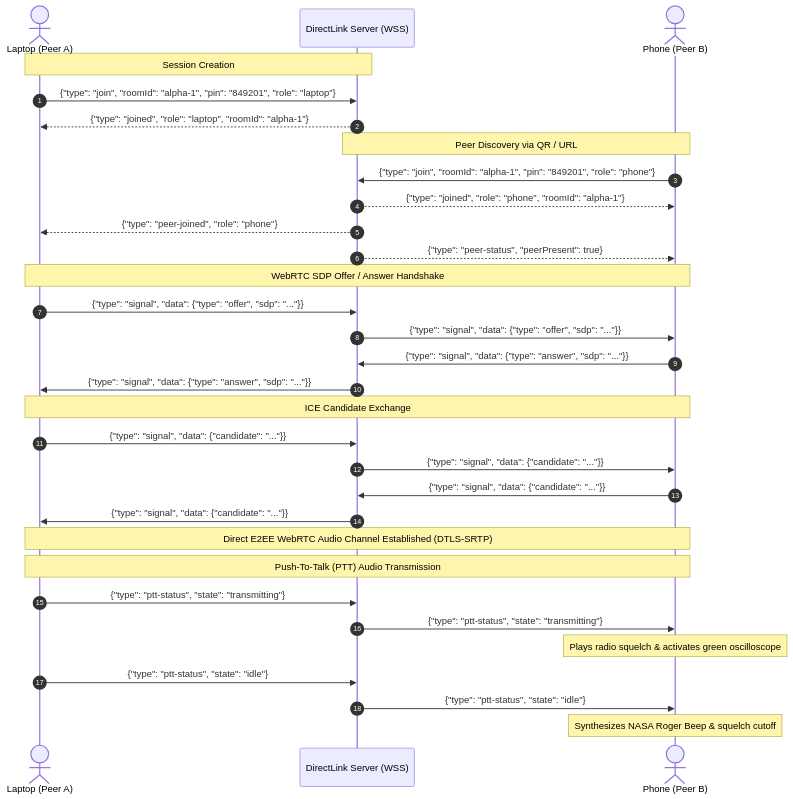
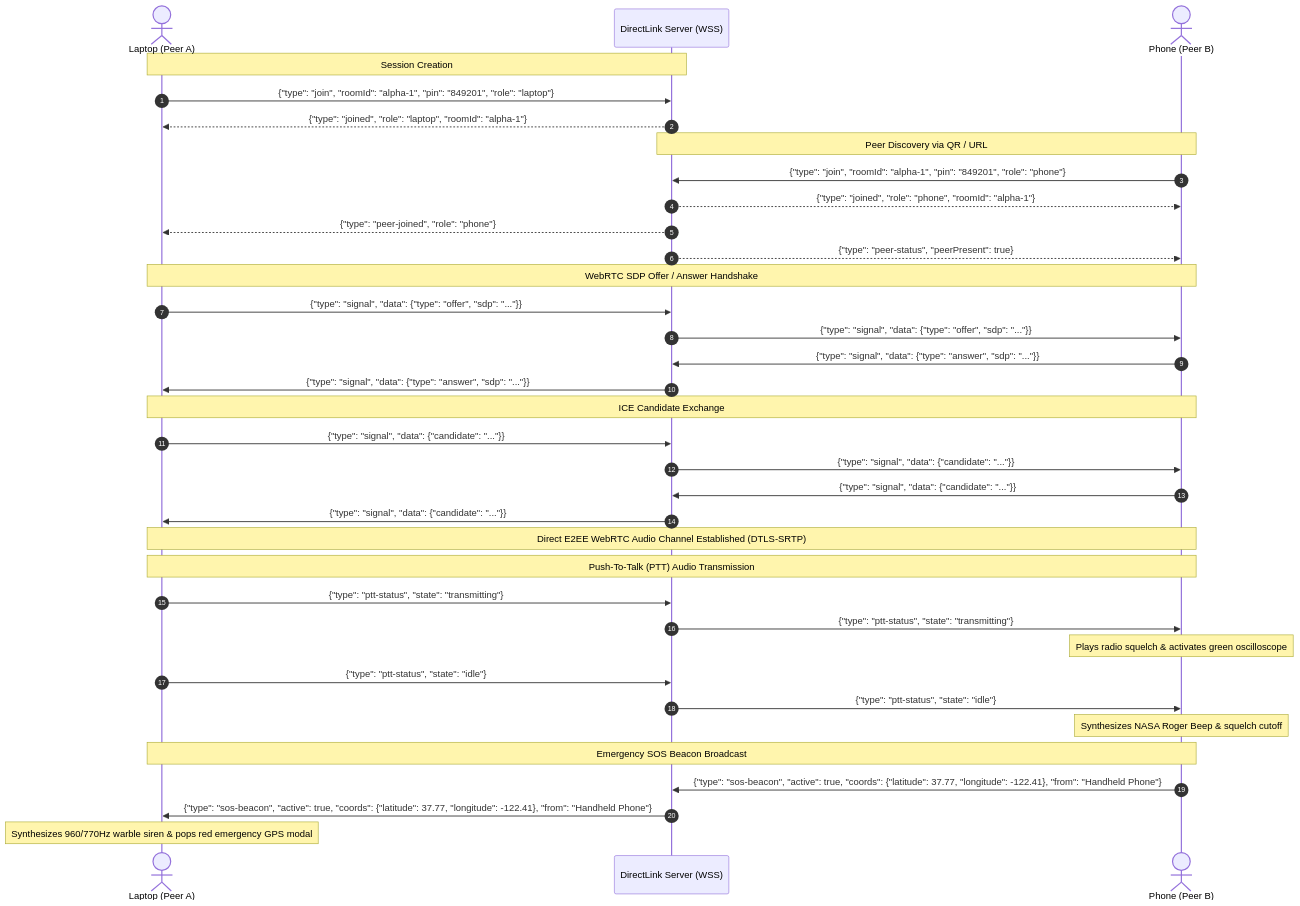
One commit to BogguAjayKumar/directlink-walkie-talkie changed the diagram in docs/SIGNALING_PROTOCOL.md. Above: the diagram before and after it, drawn with Mermaid. The commit also changed other lines of this file and 3 other files, not shown here.

Commit message:
docs: update README, architecture, and signaling protocol with new features

````diff
--- a/docs/SIGNALING_PROTOCOL.md
+++ b/docs/SIGNALING_PROTOCOL.md
@@ -9,39 +9,44 @@
 ```mermaid
 sequenceDiagram
     autonumber
     actor L as Laptop (Peer A)
     participant S as DirectLink Server (WSS)
     actor P as Phone (Peer B)
 
     Note over L,S: Session Creation
     L->>S: {"type": "join", "roomId": "alpha-1", "pin": "849201", "role": "laptop"}
     S-->>L: {"type": "joined", "role": "laptop", "roomId": "alpha-1"}
 
     Note over P,S: Peer Discovery via QR / URL
     P->>S: {"type": "join", "roomId": "alpha-1", "pin": "849201", "role": "phone"}
     S-->>P: {"type": "joined", "role": "phone", "roomId": "alpha-1"}
     S-->>L: {"type": "peer-joined", "role": "phone"}
     S-->>P: {"type": "peer-status", "peerPresent": true}
 
     Note over L,P: WebRTC SDP Offer / Answer Handshake
     L->>S: {"type": "signal", "data": {"type": "offer", "sdp": "..."}}
     S->>P: {"type": "signal", "data": {"type": "offer", "sdp": "..."}}
     P->>S: {"type": "signal", "data": {"type": "answer", "sdp": "..."}}
     S->>L: {"type": "signal", "data": {"type": "answer", "sdp": "..."}}
 
     Note over L,P: ICE Candidate Exchange
     L->>S: {"type": "signal", "data": {"candidate": "..."}}
     S->>P: {"type": "signal", "data": {"candidate": "..."}}
     P->>S: {"type": "signal", "data": {"candidate": "..."}}
     S->>L: {"type": "signal", "data": {"candidate": "..."}}
 
     Note over L,P: Direct E2EE WebRTC Audio Channel Established (DTLS-SRTP)
 
     Note over L,P: Push-To-Talk (PTT) Audio Transmission
     L->>S: {"type": "ptt-status", "state": "transmitting"}
     S->>P: {"type": "ptt-status", "state": "transmitting"}
     Note over P: Plays radio squelch & activates green oscilloscope
     L->>S: {"type": "ptt-status", "state": "idle"}
     S->>P: {"type": "ptt-status", "state": "idle"}
     Note over P: Synthesizes NASA Roger Beep & squelch cutoff
+
+    Note over P,L: Emergency SOS Beacon Broadcast
+    P->>S: {"type": "sos-beacon", "active": true, "coords": {"latitude": 37.77, "longitude": -122.41}, "from": "Handheld Phone"}
+    S->>L: {"type": "sos-beacon", "active": true, "coords": {"latitude": 37.77, "longitude": -122.41}, "from": "Handheld Phone"}
+    Note over L: Synthesizes 960/770Hz warble siren & pops red emergency GPS modal
 ```
````
